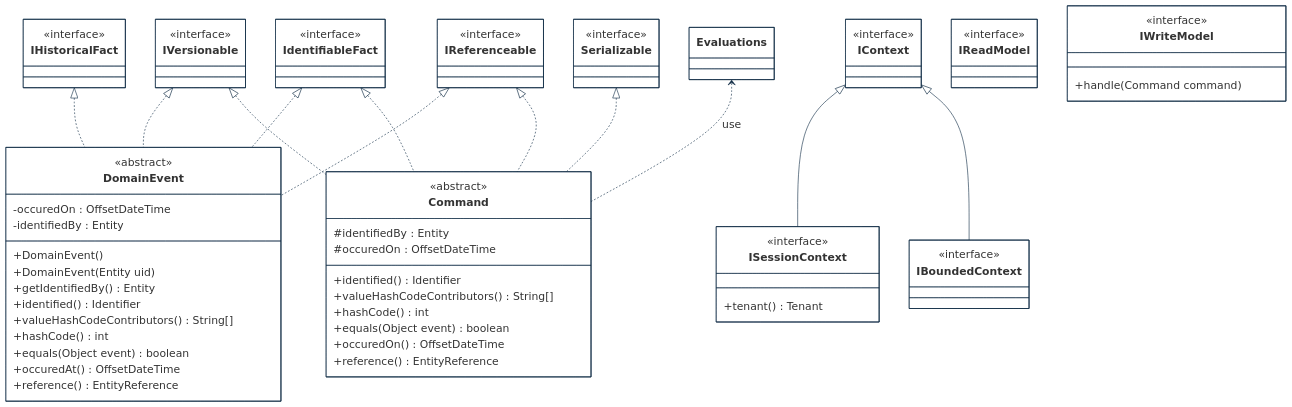
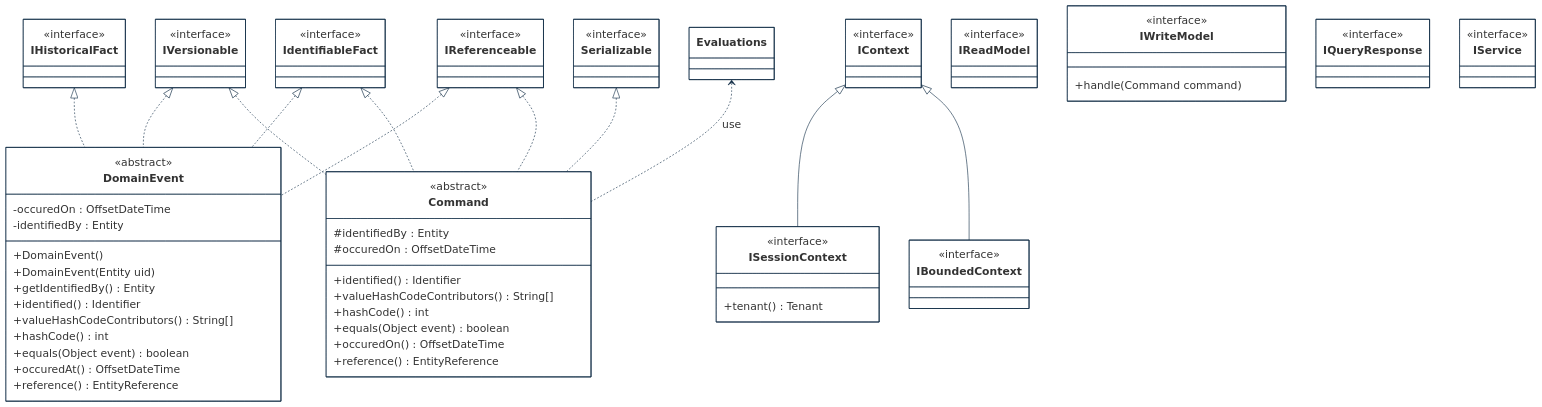
One commit to cybnity/foundation changed the first of 7 diagrams in implementations-line/framework/domain/designview-packages.md. Above: the diagram before and after it, drawn with Mermaid.

````diff
--- a/implementations-line/framework/domain/designview-packages.md
+++ b/implementations-line/framework/domain/designview-packages.md
@@ -92,5 +92,11 @@
         <<interface>>
         +handle(Command command)
     }
+    class IQueryResponse {
+        <<interface>>
+    }
+    class IService {
+        <<interface>>
+    }
 
 ```
````
